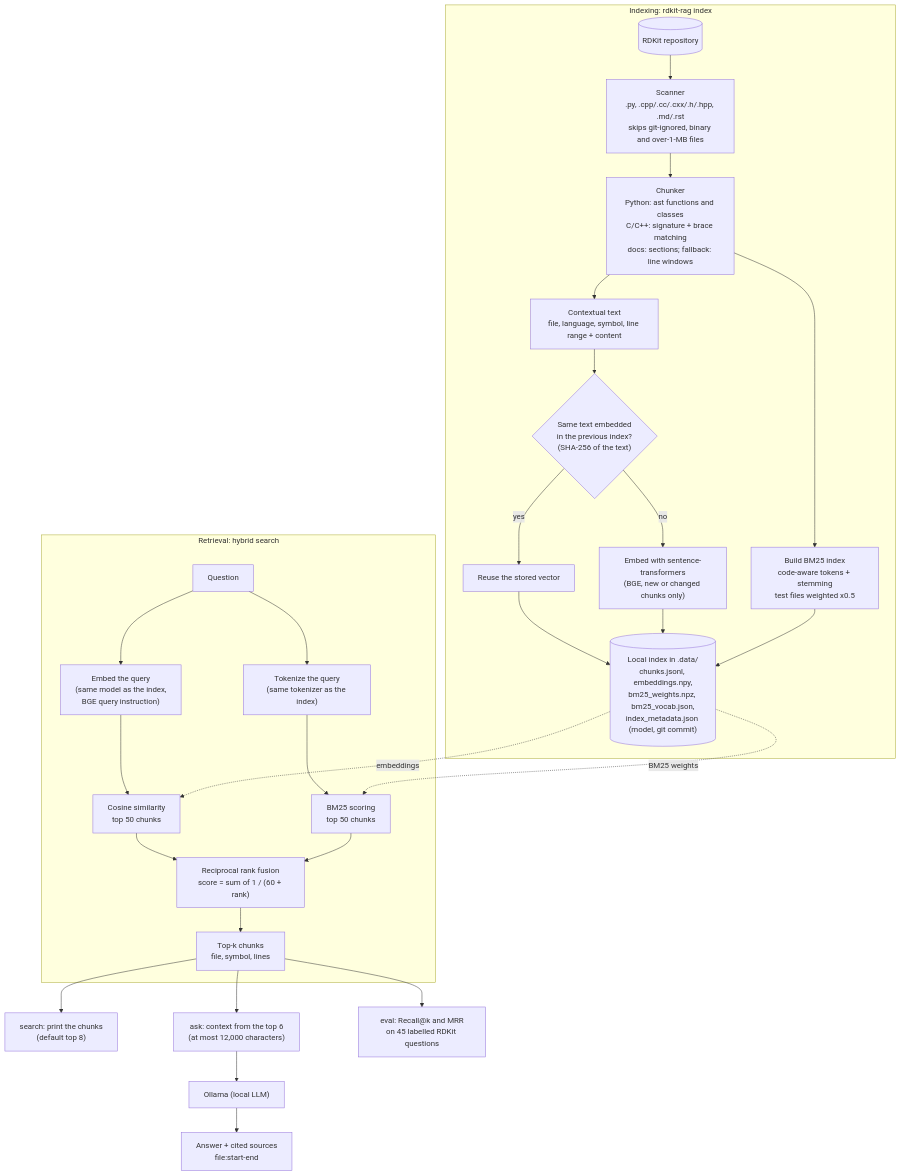
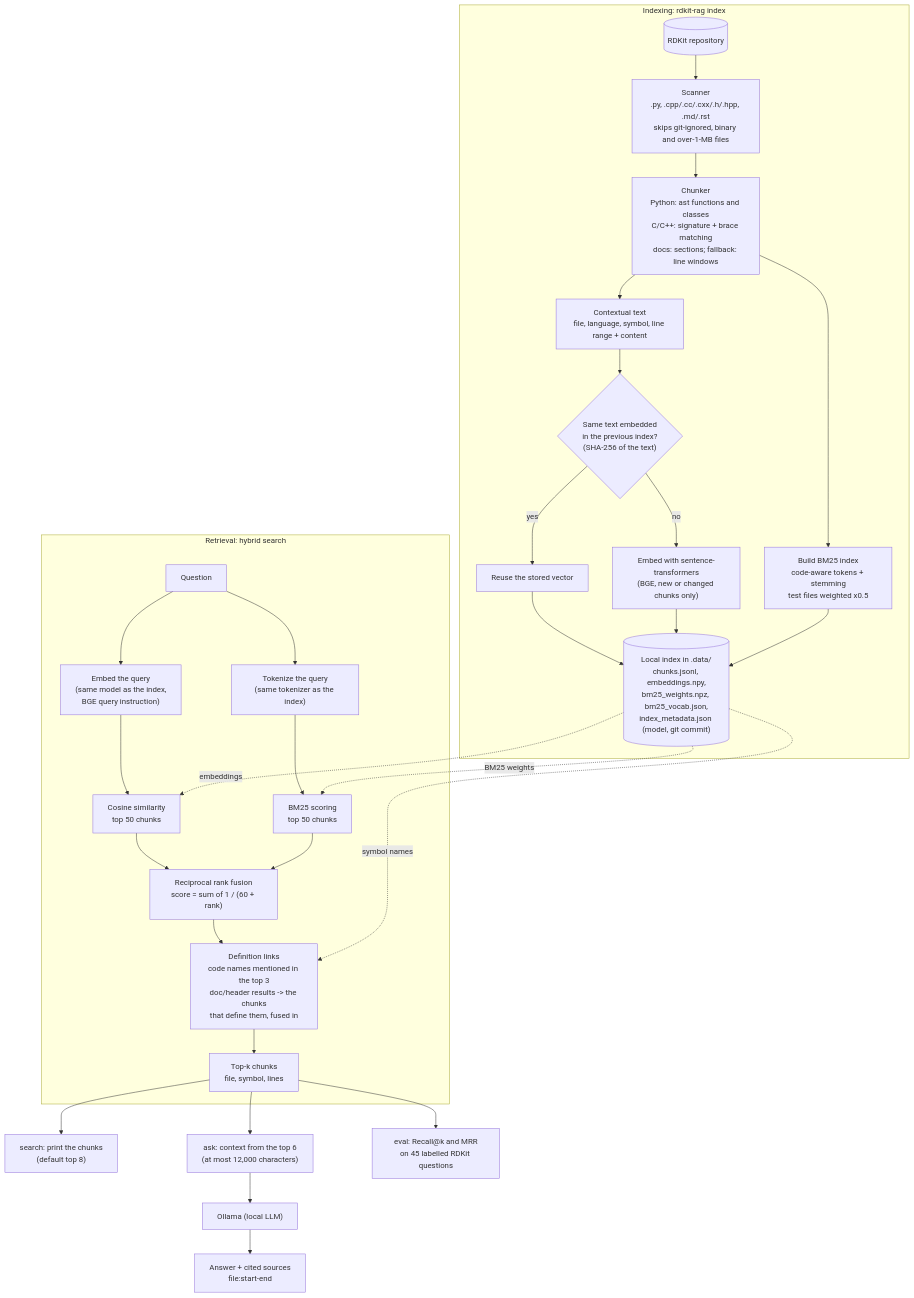
The diagram in README.md (rezabagher/rdkit-rag), drawn with Mermaid before and after one commit. The commit also changed other lines of this file and 9 other files, not shown here.

First line of the commit message:
Follow code names in docs and headers to their definitions

````diff
--- a/README.md
+++ b/README.md
@@ -28,40 +28,42 @@
 ```mermaid
 flowchart TD
     subgraph indexing["Indexing: rdkit-rag index"]
         repo[("RDKit repository")]
         scan["Scanner<br/>.py, .cpp/.cc/.cxx/.h/.hpp, .md/.rst<br/>skips git-ignored, binary and over-1-MB files"]
         chunk["Chunker<br/>Python: ast functions and classes<br/>C/C++: signature + brace matching<br/>docs: sections; fallback: line windows"]
         ctx["Contextual text<br/>file, language, symbol, line range + content"]
         cache{"Same text embedded<br/>in the previous index?<br/>(SHA-256 of the text)"}
         reuse["Reuse the stored vector"]
         embed["Embed with sentence-transformers<br/>(BGE, new or changed chunks only)"]
         bm25build["Build BM25 index<br/>code-aware tokens + stemming<br/>test files weighted x0.5"]
         store[("Local index in .data/<br/>chunks.jsonl, embeddings.npy,<br/>bm25_weights.npz, bm25_vocab.json,<br/>index_metadata.json (model, git commit)")]
         repo --> scan --> chunk --> ctx --> cache
         cache -- yes --> reuse --> store
         cache -- no --> embed --> store
         chunk --> bm25build --> store
     end
 
     subgraph retrieval["Retrieval: hybrid search"]
         question["Question"]
         qemb["Embed the query<br/>(same model as the index,<br/>BGE query instruction)"]
         cosine["Cosine similarity<br/>top 50 chunks"]
         qtok["Tokenize the query<br/>(same tokenizer as the index)"]
         bm25["BM25 scoring<br/>top 50 chunks"]
         rrf["Reciprocal rank fusion<br/>score = sum of 1 / (60 + rank)"]
+        links["Definition links<br/>code names mentioned in the top 3<br/>doc/header results -> the chunks<br/>that define them, fused in"]
         topk["Top-k chunks<br/>file, symbol, lines"]
         question --> qemb --> cosine --> rrf
         question --> qtok --> bm25 --> rrf
-        rrf --> topk
+        rrf --> links --> topk
     end
 
     store -. embeddings .-> cosine
     store -. BM25 weights .-> bm25
+    store -. symbol names .-> links
 
     topk --> searchout["search: print the chunks<br/>(default top 8)"]
     topk --> context["ask: context from the top 6<br/>(at most 12,000 characters)"]
     context --> llm["Ollama (local LLM)"]
     llm --> answer["Answer + cited sources<br/>file:start-end"]
     topk --> evalout["eval: Recall@k and MRR<br/>on 45 labelled RDKit questions"]
 ```
````
